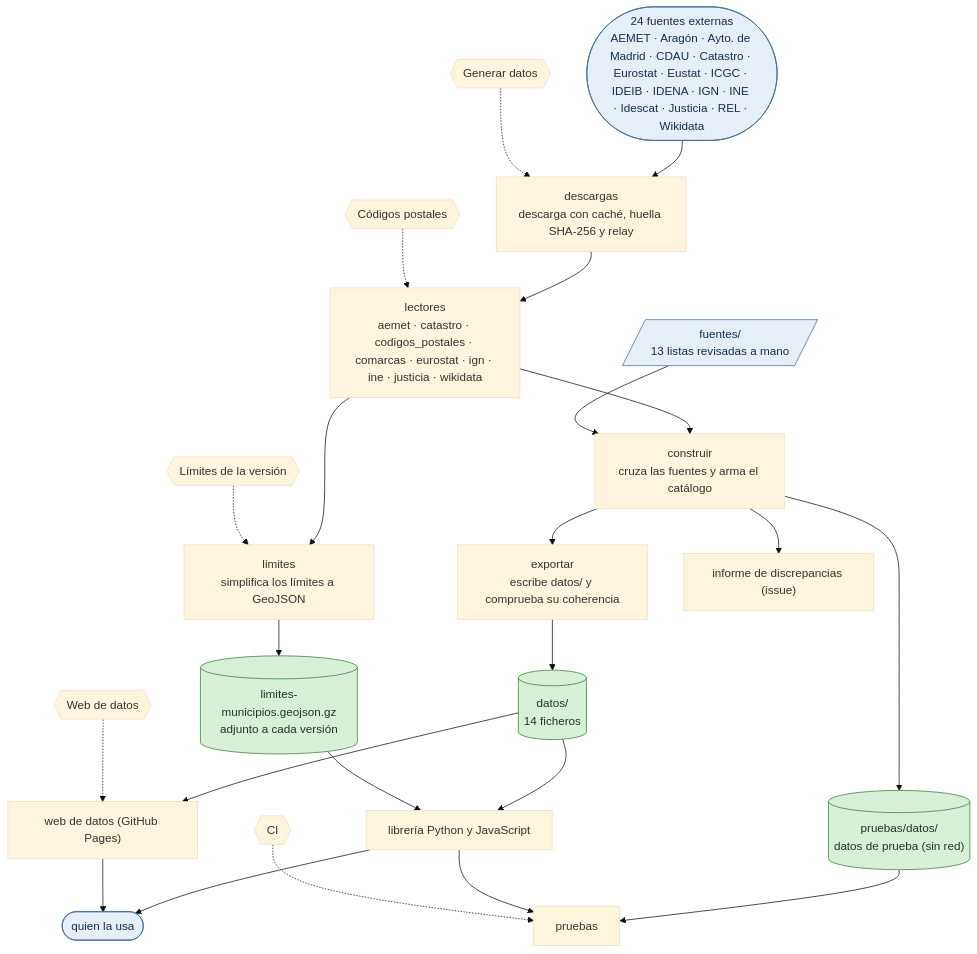
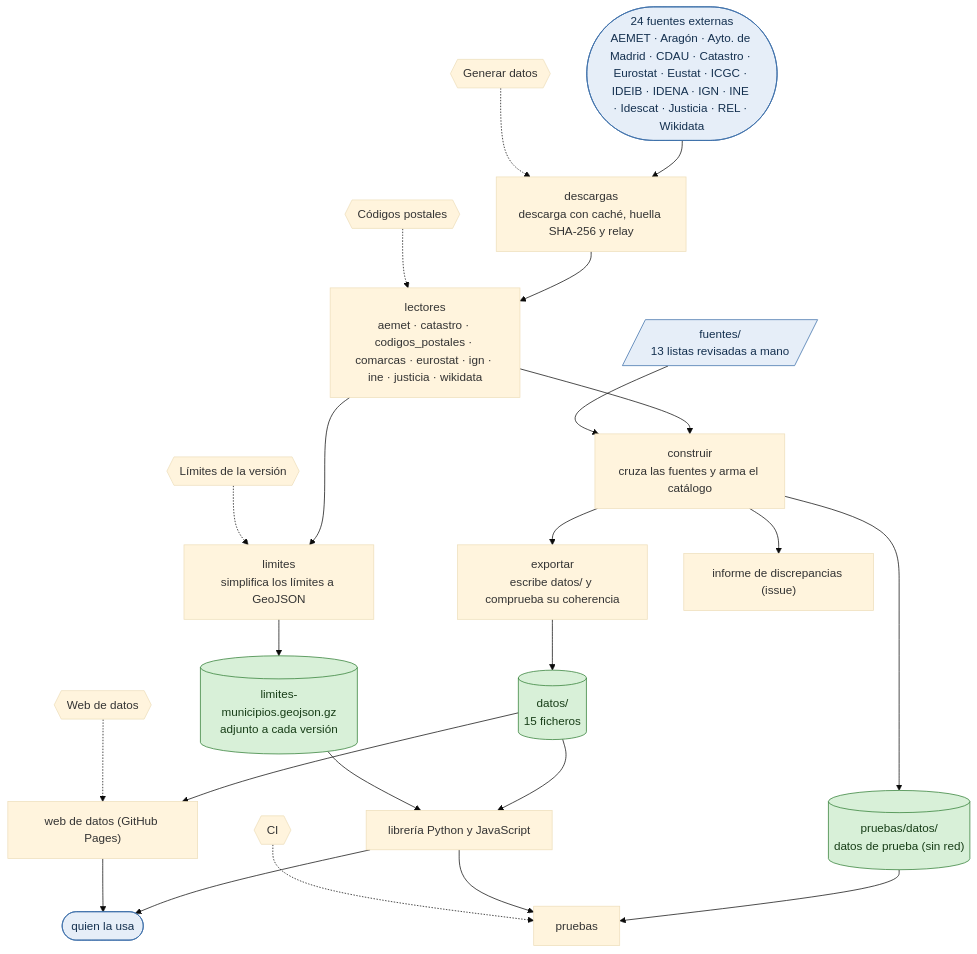
Before and after one commit to alertapublica/territorios-es: the fourth of 6 diagrams in docs/estado.md, drawn with Mermaid (base theme). The commit also changed other lines of this file and 2 other files, not shown here.

Commit message:
Estado: regenerado con los datos de main (comarcas incluidas); generar.yml también lo regenera al subir datos a una rama

````diff
--- a/docs/estado.md
+++ b/docs/estado.md
@@ -122,44 +122,44 @@
 ```mermaid
 flowchart TB
   ext(["24 fuentes externas<br>AEMET · Aragón · Ayto. de Madrid · CDAU · Catastro · Eurostat · Eustat · ICGC · IDEIB · IDENA · IGN · INE · Idescat · Justicia · REL · Wikidata"])
   hand[/"fuentes/<br>13 listas revisadas a mano"/]
   descargas["descargas<br>descarga con caché, huella SHA-256 y relay"]
   readers["lectores<br>aemet · catastro · codigos_postales · comarcas · eurostat · ign · ine · justicia · wikidata"]
   construir["construir<br>cruza las fuentes y arma el catálogo"]
   exportar["exportar<br>escribe datos/ y comprueba su coherencia"]
   limites["limites<br>simplifica los límites a GeoJSON"]
-  datos[("datos/<br>14 ficheros")]
+  datos[("datos/<br>15 ficheros")]
   geo[("limites-municipios.geojson.gz<br>adjunto a cada versión")]
   report["informe de discrepancias (issue)"]
   lib["librería Python y JavaScript"]
   web["web de datos (GitHub Pages)"]
   users(["quien la usa"])
   fixture[("pruebas/datos/<br>datos de prueba (sin red)")]
   tests["pruebas"]
   ext --> descargas --> readers --> construir --> exportar --> datos
   hand --> construir
   readers --> limites --> geo
   construir --> report
   datos --> lib
   geo --> lib
   datos --> web
   lib --> users
   web --> users
   construir --> fixture --> tests
   lib --> tests
   wf_ci_yml{{"CI"}}
   wf_generar_yml{{"Generar datos"}}
   wf_codigos_postales_yml{{"Códigos postales"}}
   wf_limites_yml{{"Límites de la versión"}}
   wf_pages_yml{{"Web de datos"}}
   wf_generar_yml -.-> descargas
   wf_codigos_postales_yml -.-> readers
   wf_limites_yml -.-> limites
   wf_pages_yml -.-> web
   wf_ci_yml -.-> tests
   class datos,geo,fixture done
   class ext,hand,users box
   classDef done fill:#d8f0d8,stroke:#2e7d32,color:#173d17
   classDef todo fill:#fdecc8,stroke:#b26a00,color:#4a2c00,stroke-dasharray:4 3
   classDef box fill:#e6eef8,stroke:#3b6ea8,color:#14304f
 ```
````
